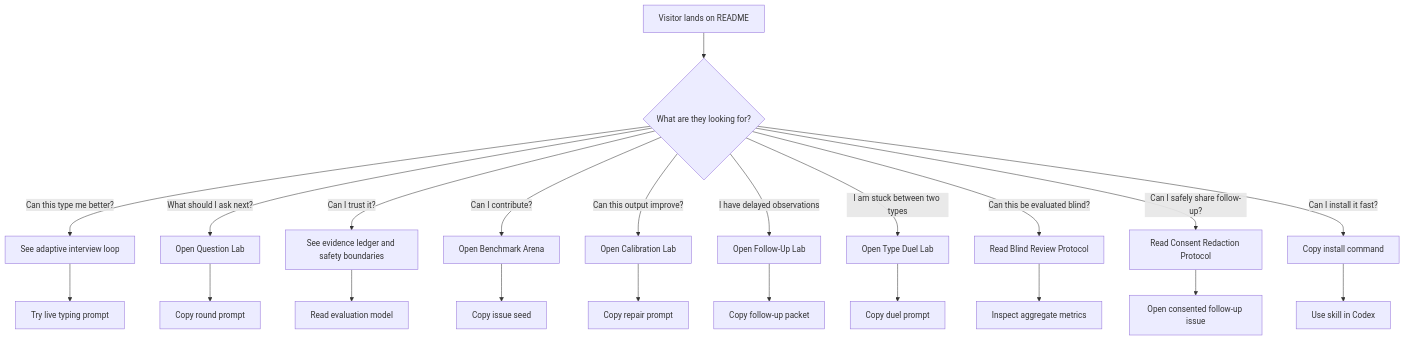
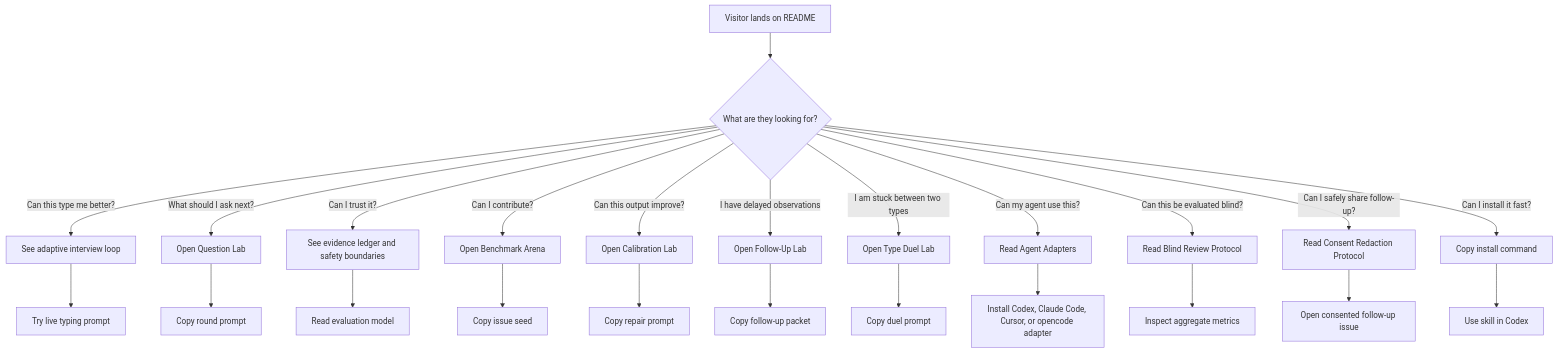
Before and after one commit to Zaoqu-Liu/mbti-typing-skill: the diagram in docs/github-ux.md, drawn with Mermaid. The commit also changed other lines of this file and 21 other files, not shown here.

Commit message:
Add agent adapters

````diff
--- a/docs/github-ux.md
+++ b/docs/github-ux.md
@@ -37,24 +38,26 @@
 ```mermaid
 flowchart TD
     A[Visitor lands on README] --> B{What are they looking for?}
     B -->|Can this type me better?| C[See adaptive interview loop]
     B -->|What should I ask next?| U[Open Question Lab]
     B -->|Can I trust it?| D[See evidence ledger and safety boundaries]
     B -->|Can I contribute?| E[Open Benchmark Arena]
     B -->|Can this output improve?| K[Open Calibration Lab]
     B -->|I have delayed observations| Q[Open Follow-Up Lab]
     B -->|I am stuck between two types| S[Open Type Duel Lab]
+    B -->|Can my agent use this?| W[Read Agent Adapters]
     B -->|Can this be evaluated blind?| M[Read Blind Review Protocol]
     B -->|Can I safely share follow-up?| O[Read Consent Redaction Protocol]
     B -->|Can I install it fast?| F[Copy install command]
     C --> G[Try live typing prompt]
     D --> H[Read evaluation model]
     E --> I[Copy issue seed]
     U --> V[Copy round prompt]
     K --> L[Copy repair prompt]
     Q --> R[Copy follow-up packet]
     S --> T[Copy duel prompt]
+    W --> X[Install Codex, Claude Code, Cursor, or opencode adapter]
     M --> N[Inspect aggregate metrics]
     O --> P[Open consented follow-up issue]
     F --> J[Use skill in Codex]
 ```
````
